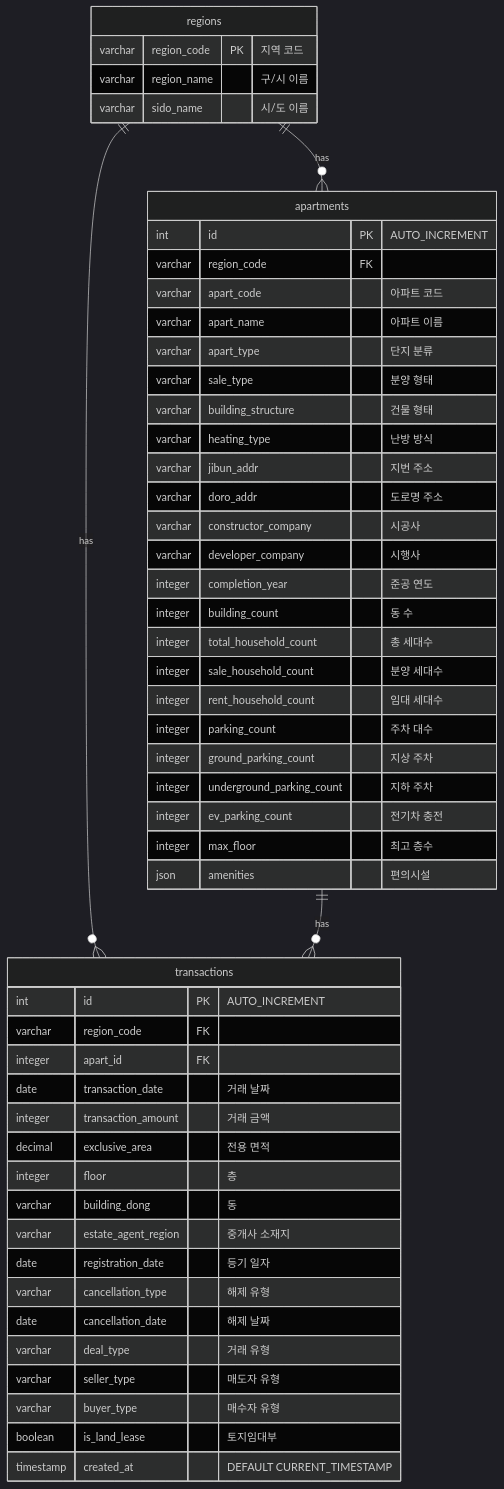
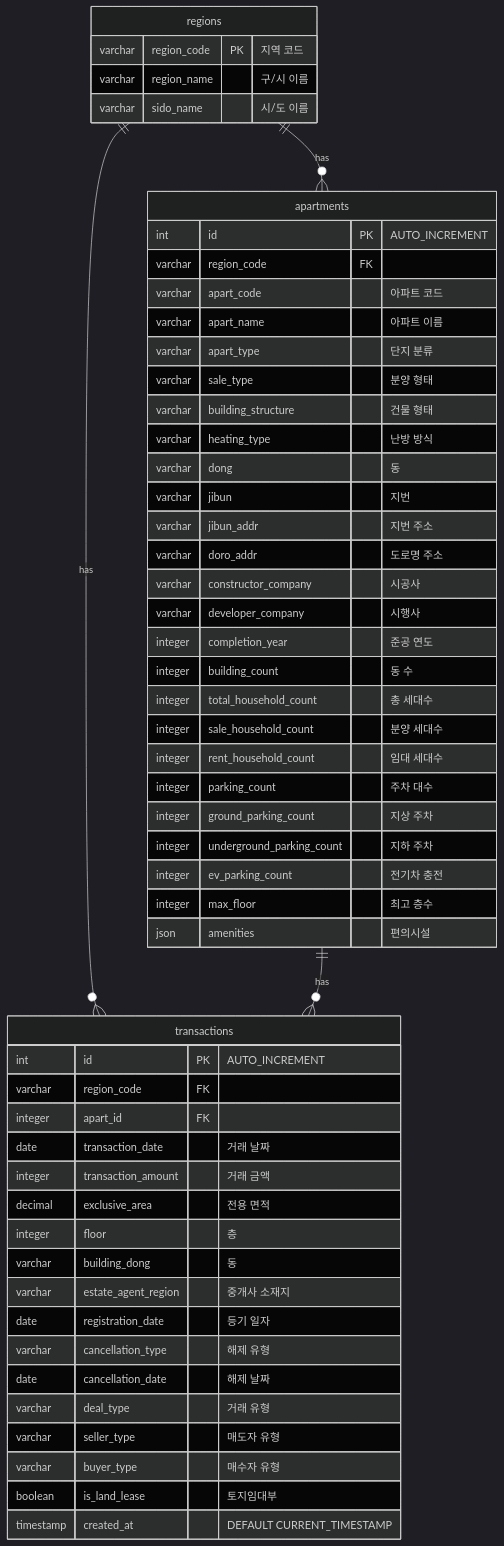
One commit to polym-team/polymorph-app changed the diagram in apps/jibsayo/ERD.md. Above: the diagram before and after it, drawn with Mermaid (dark theme). The commit also changed other lines of this file and 8 other files, not shown here.

````diff
--- a/apps/jibsayo/ERD.md
+++ b/apps/jibsayo/ERD.md
@@ -5,58 +5,60 @@
 ```mermaid
 erDiagram
     regions ||--o{ apartments : "has"
     regions ||--o{ transactions : "has"
     apartments ||--o{ transactions : "has"
 
     regions {
         varchar region_code PK "지역 코드"
         varchar region_name "구/시 이름"
         varchar sido_name "시/도 이름"
     }
 
     apartments {
         int id PK "AUTO_INCREMENT"
         varchar region_code FK
         varchar apart_code "아파트 코드"
         varchar apart_name "아파트 이름"
         varchar apart_type "단지 분류"
         varchar sale_type "분양 형태"
         varchar building_structure "건물 형태"
         varchar heating_type "난방 방식"
+        varchar dong "동"
+        varchar jibun "지번"
         varchar jibun_addr "지번 주소"
         varchar doro_addr "도로명 주소"
         varchar constructor_company "시공사"
         varchar developer_company "시행사"
         integer completion_year "준공 연도"
         integer building_count "동 수"
         integer total_household_count "총 세대수"
         integer sale_household_count "분양 세대수"
         integer rent_household_count "임대 세대수"
         integer parking_count "주차 대수"
         integer ground_parking_count "지상 주차"
         integer underground_parking_count "지하 주차"
         integer ev_parking_count "전기차 충전"
         integer max_floor "최고 층수"
         json amenities "편의시설"
     }
 
     transactions {
         int id PK "AUTO_INCREMENT"
         varchar region_code FK
         integer apart_id FK
         date transaction_date "거래 날짜"
         integer transaction_amount "거래 금액"
         decimal exclusive_area "전용 면적"
         integer floor "층"
         varchar building_dong "동"
         varchar estate_agent_region "중개사 소재지"
         date registration_date "등기 일자"
         varchar cancellation_type "해제 유형"
         date cancellation_date "해제 날짜"
         varchar deal_type "거래 유형"
         varchar seller_type "매도자 유형"
         varchar buyer_type "매수자 유형"
         boolean is_land_lease "토지임대부"
         timestamp created_at "DEFAULT CURRENT_TIMESTAMP"
     }
 ```
````
